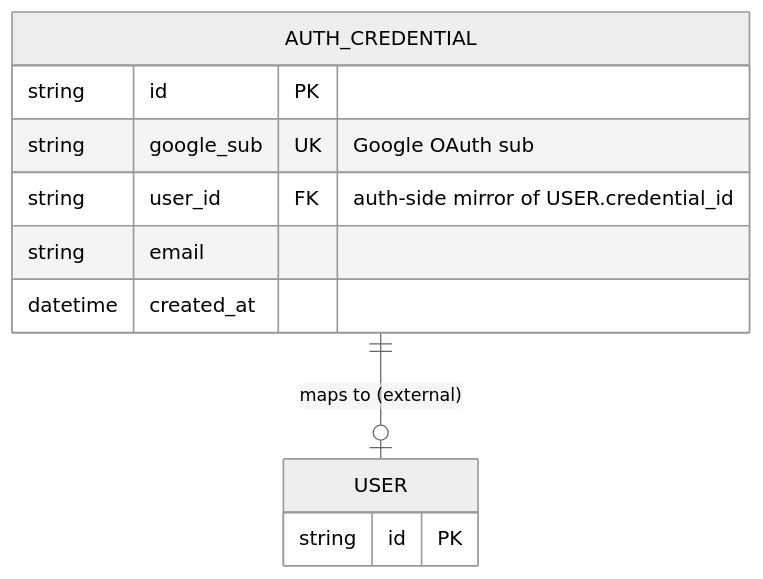
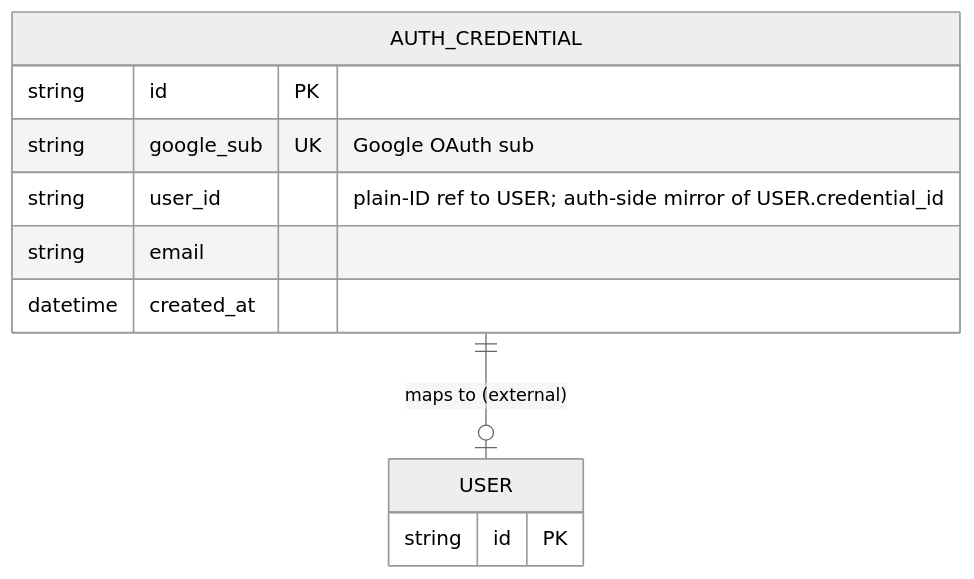
One commit to cheetah-org/fold-design changed the fourth of 8 diagrams in entities/er-diagram.md. Above: the diagram before and after it, drawn with Mermaid (neutral theme). The commit also changed other lines of this file and 12 other files, not shown here.

First line of the commit message:
Sync ER diagram with API specs, replace city with location/region, fix cross-doc errors

````diff
--- a/entities/er-diagram.md
+++ b/entities/er-diagram.md
@@ -303,19 +322,19 @@
 ```mermaid
 erDiagram
     %% Owned entities
     AUTH_CREDENTIAL {
         string id PK
         string google_sub UK "Google OAuth sub"
-        string user_id FK "auth-side mirror of USER.credential_id"
+        string user_id "plain-ID ref to USER; auth-side mirror of USER.credential_id"
         string email
         datetime created_at
     }
 
     %% External reference (owned by User Service)
     USER {
         string id PK
     }
 
     %% Relationships
     AUTH_CREDENTIAL ||--o| USER : "maps to (external)"
 ```
````
